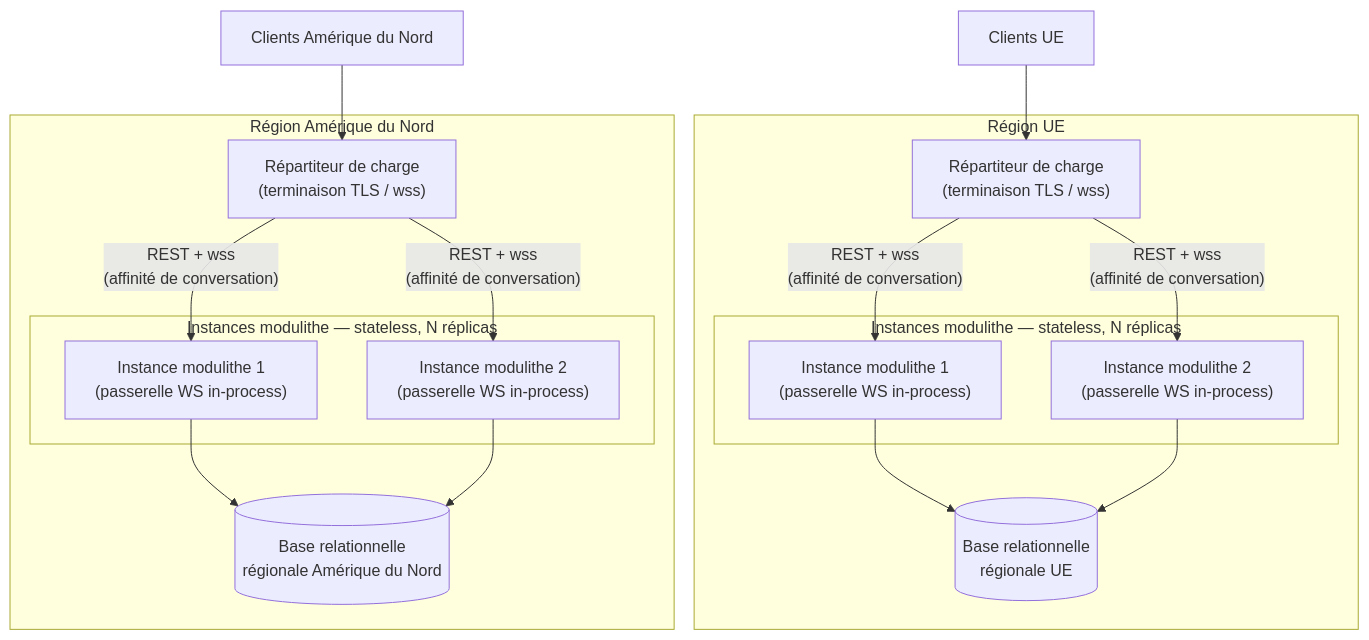
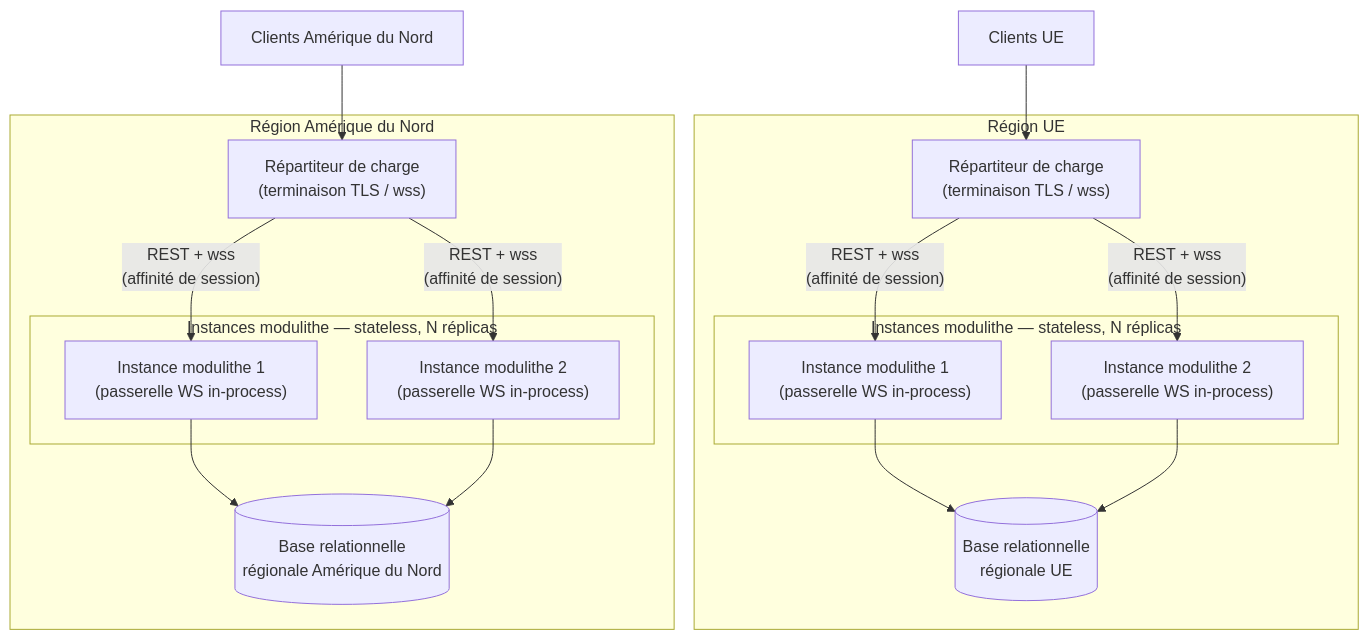
The second of 2 diagrams in docs/architecture/05-architecture-cible-composants-deploiement.md (Charles-BARDIN/DFJSJ-Concevez_une_solution_fonctionnelle_pour_une_application_full-stack_JavaScript), drawn with Mermaid before and after one commit. The commit also changed other lines of this file, not shown here.

````diff
--- a/docs/architecture/05-architecture-cible-composants-deploiement.md
+++ b/docs/architecture/05-architecture-cible-composants-deploiement.md
@@ -95,34 +95,34 @@
 ```mermaid
 graph TB
   ClientEU["Clients UE"]
   ClientNA["Clients Amérique du Nord"]
 
   subgraph EU["Région UE"]
     LBeu["Répartiteur de charge<br/>(terminaison TLS / wss)"]
     subgraph InstEU["Instances modulithe — stateless, N réplicas"]
       I1eu["Instance modulithe 1<br/>(passerelle WS in-process)"]
       I2eu["Instance modulithe 2<br/>(passerelle WS in-process)"]
     end
     DBeu[("Base relationnelle<br/>régionale UE")]
-    LBeu -->|"REST + wss<br/>(affinité de conversation)"| I1eu
-    LBeu -->|"REST + wss<br/>(affinité de conversation)"| I2eu
+    LBeu -->|"REST + wss<br/>(affinité de session)"| I1eu
+    LBeu -->|"REST + wss<br/>(affinité de session)"| I2eu
     I1eu --> DBeu
     I2eu --> DBeu
   end
 
   subgraph NA["Région Amérique du Nord"]
     LBna["Répartiteur de charge<br/>(terminaison TLS / wss)"]
     subgraph InstNA["Instances modulithe — stateless, N réplicas"]
       I1na["Instance modulithe 1<br/>(passerelle WS in-process)"]
       I2na["Instance modulithe 2<br/>(passerelle WS in-process)"]
     end
     DBna[("Base relationnelle<br/>régionale Amérique du Nord")]
-    LBna -->|"REST + wss<br/>(affinité de conversation)"| I1na
-    LBna -->|"REST + wss<br/>(affinité de conversation)"| I2na
+    LBna -->|"REST + wss<br/>(affinité de session)"| I1na
+    LBna -->|"REST + wss<br/>(affinité de session)"| I2na
     I1na --> DBna
     I2na --> DBna
   end
 
   ClientEU --> LBeu
   ClientNA --> LBna
 ```
````
